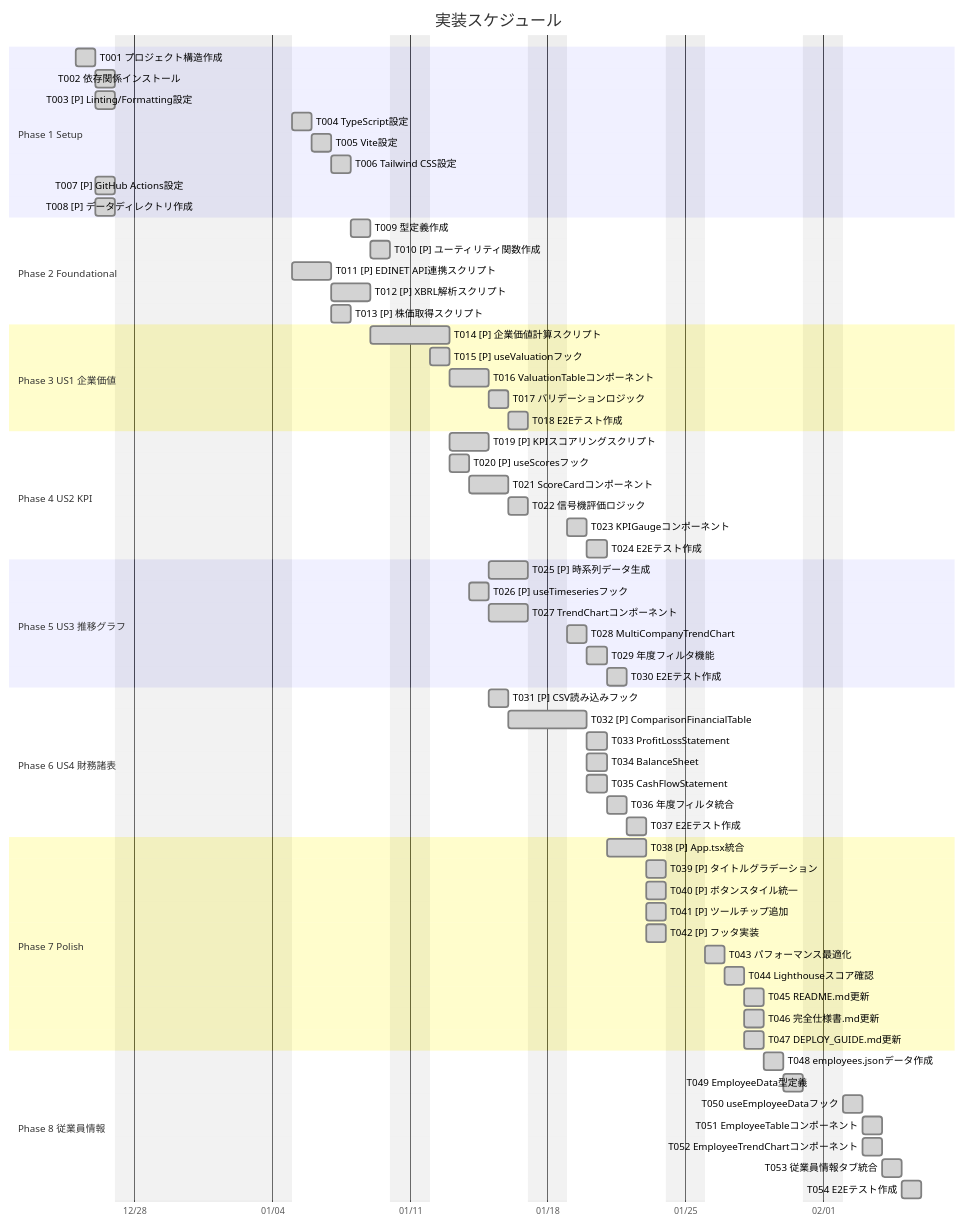
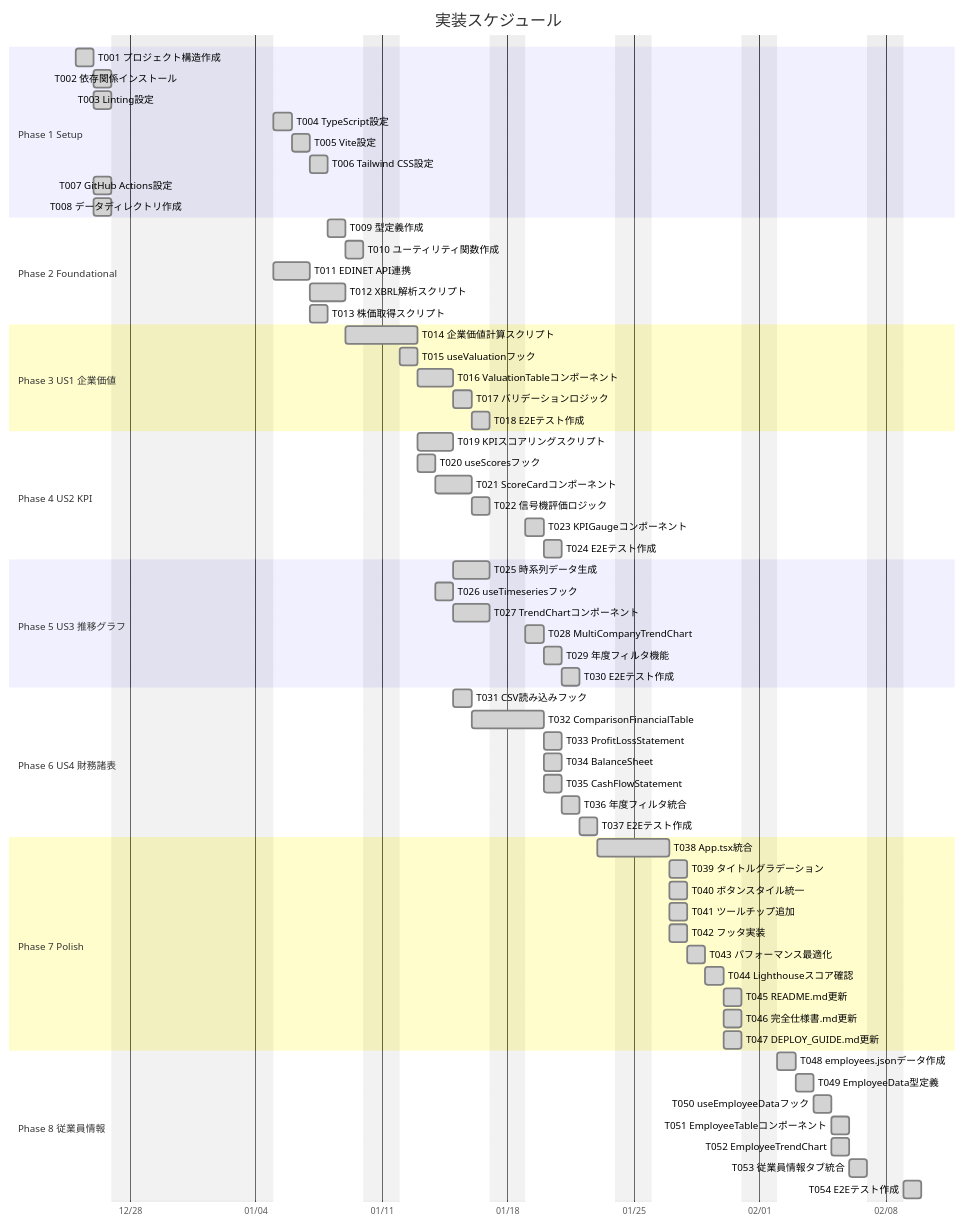
Before and after one commit to J1921604/ValueScope: the diagram in specs/001-ValueScope/tasks.md, drawn with Mermaid. The commit also changed 10 other files, not shown here.

````diff
--- a/specs/001-ValueScope/tasks.md
+++ b/specs/001-ValueScope/tasks.md
@@ -18,77 +18,77 @@
 ```mermaid
 gantt
     title 実装スケジュール
     dateFormat YYYY-MM-DD
     axisFormat %m/%d
     excludes weekends 2025-12-27,2025-12-28,2025-12-29,2025-12-30,2025-12-31,2026-01-01,2026-01-02,2026-01-03,2026-01-04
     
     section Phase 1 Setup
     T001 プロジェクト構造作成           :done, p1_t001, 2025-12-25, 1d
     T002 依存関係インストール           :done, p1_t002, after p1_t001, 1d
-    T003 [P] Linting/Formatting設定    :done, p1_t003, after p1_t001, 1d
+    T003 Linting設定                   :done, p1_t003, after p1_t001, 1d
     T004 TypeScript設定                :done, p1_t004, after p1_t002, 1d
     T005 Vite設定                      :done, p1_t005, after p1_t004, 1d
     T006 Tailwind CSS設定              :done, p1_t006, after p1_t005, 1d
-    T007 [P] GitHub Actions設定        :done, p1_t007, after p1_t001, 1d
-    T008 [P] データディレクトリ作成    :done, p1_t008, after p1_t001, 1d
+    T007 GitHub Actions設定            :done, p1_t007, after p1_t001, 1d
+    T008 データディレクトリ作成        :done, p1_t008, after p1_t001, 1d
     
     section Phase 2 Foundational
     T009 型定義作成                    :done, p2_t009, after p1_t006, 1d
-    T010 [P] ユーティリティ関数作成    :done, p2_t010, after p2_t009, 1d
-    T011 [P] EDINET API連携スクリプト  :done, p2_t011, after p1_t008, 2d
-    T012 [P] XBRL解析スクリプト        :done, p2_t012, after p2_t011, 2d
-    T013 [P] 株価取得スクリプト        :done, p2_t013, after p2_t011, 1d
+    T010 ユーティリティ関数作成        :done, p2_t010, after p2_t009, 1d
+    T011 EDINET API連携                :done, p2_t011, after p1_t008, 2d
+    T012 XBRL解析スクリプト            :done, p2_t012, after p2_t011, 2d
+    T013 株価取得スクリプト            :done, p2_t013, after p2_t011, 1d
     
     section Phase 3 US1 企業価値
-    T014 [P] 企業価値計算スクリプト    :done, p3_t014, after p2_t012, 2d
-    T015 [P] useValuationフック        :done, p3_t015, after p2_t010, 1d
+    T014 企業価値計算スクリプト        :done, p3_t014, after p2_t012, 2d
+    T015 useValuationフック            :done, p3_t015, after p2_t010, 1d
     T016 ValuationTableコンポーネント  :done, p3_t016, after p3_t015, 2d
     T017 バリデーションロジック        :done, p3_t017, after p3_t016, 1d
     T018 E2Eテスト作成                 :done, p3_t018, after p3_t017, 1d
     
     section Phase 4 US2 KPI
-    T019 [P] KPIスコアリングスクリプト :done, p4_t019, after p3_t014, 2d
-    T020 [P] useScoresフック           :done, p4_t020, after p3_t015, 1d
+    T019 KPIスコアリングスクリプト     :done, p4_t019, after p3_t014, 2d
+    T020 useScoresフック               :done, p4_t020, after p3_t015, 1d
     T021 ScoreCardコンポーネント       :done, p4_t021, after p4_t020, 2d
     T022 信号機評価ロジック            :done, p4_t022, after p4_t021, 1d
     T023 KPIGaugeコンポーネント        :done, p4_t023, after p4_t022, 1d
     T024 E2Eテスト作成                 :done, p4_t024, after p4_t023, 1d
     
     section Phase 5 US3 推移グラフ
-    T025 [P] 時系列データ生成          :done, p5_t025, after p4_t019, 2d
-    T026 [P] useTimeseriesフック       :done, p5_t026, after p4_t020, 1d
+    T025 時系列データ生成              :done, p5_t025, after p4_t019, 2d
+    T026 useTimeseriesフック           :done, p5_t026, after p4_t020, 1d
     T027 TrendChartコンポーネント      :done, p5_t027, after p5_t026, 2d
     T028 MultiCompanyTrendChart        :done, p5_t028, after p5_t027, 1d
     T029 年度フィルタ機能              :done, p5_t029, after p5_t028, 1d
     T030 E2Eテスト作成                 :done, p5_t030, after p5_t029, 1d
     
     section Phase 6 US4 財務諸表
-    T031 [P] CSV読み込みフック         :done, p6_t031, after p5_t026, 1d
-    T032 [P] ComparisonFinancialTable  :done, p6_t032, after p6_t031, 2d
+    T031 CSV読み込みフック             :done, p6_t031, after p5_t026, 1d
+    T032 ComparisonFinancialTable      :done, p6_t032, after p6_t031, 2d
     T033 ProfitLossStatement           :done, p6_t033, after p6_t032, 1d
     T034 BalanceSheet                  :done, p6_t034, after p6_t032, 1d
     T035 CashFlowStatement             :done, p6_t035, after p6_t032, 1d
     T036 年度フィルタ統合              :done, p6_t036, after p6_t035, 1d
     T037 E2Eテスト作成                 :done, p6_t037, after p6_t036, 1d
     
     section Phase 7 Polish
-    T038 [P] App.tsx統合               :done, p7_t038, after p5_t029, 2d
-    T039 [P] タイトルグラデーション    :done, p7_t039, after p7_t038, 1d
-    T040 [P] ボタンスタイル統一        :done, p7_t040, after p7_t038, 1d
-    T041 [P] ツールチップ追加          :done, p7_t041, after p7_t038, 1d
-    T042 [P] フッタ実装                :done, p7_t042, after p7_t038, 1d
+    T038 App.tsx統合                   :done, p7_t038, after p6_t037, 2d
+    T039 タイトルグラデーション        :done, p7_t039, after p7_t038, 1d
+    T040 ボタンスタイル統一            :done, p7_t040, after p7_t038, 1d
+    T041 ツールチップ追加              :done, p7_t041, after p7_t038, 1d
+    T042 フッタ実装                    :done, p7_t042, after p7_t038, 1d
     T043 パフォーマンス最適化          :done, p7_t043, after p7_t042, 1d
     T044 Lighthouseスコア確認          :done, p7_t044, after p7_t043, 1d
     T045 README.md更新                 :done, p7_t045, after p7_t044, 1d
     T046 完全仕様書.md更新             :done, p7_t046, after p7_t044, 1d
     T047 DEPLOY_GUIDE.md更新           :done, p7_t047, after p7_t044, 1d
     
     section Phase 8 従業員情報
     T048 employees.jsonデータ作成      :done, p8_t048, after p7_t047, 1d
     T049 EmployeeData型定義            :done, p8_t049, after p8_t048, 1d
     T050 useEmployeeDataフック         :done, p8_t050, after p8_t049, 1d
     T051 EmployeeTableコンポーネント   :done, p8_t051, after p8_t050, 1d
-    T052 EmployeeTrendChartコンポーネント :done, p8_t052, after p8_t050, 1d
+    T052 EmployeeTrendChart            :done, p8_t052, after p8_t050, 1d
     T053 従業員情報タブ統合            :done, p8_t053, after p8_t052, 1d
     T054 E2Eテスト作成                 :done, p8_t054, after p8_t053, 1d
 ```
````
